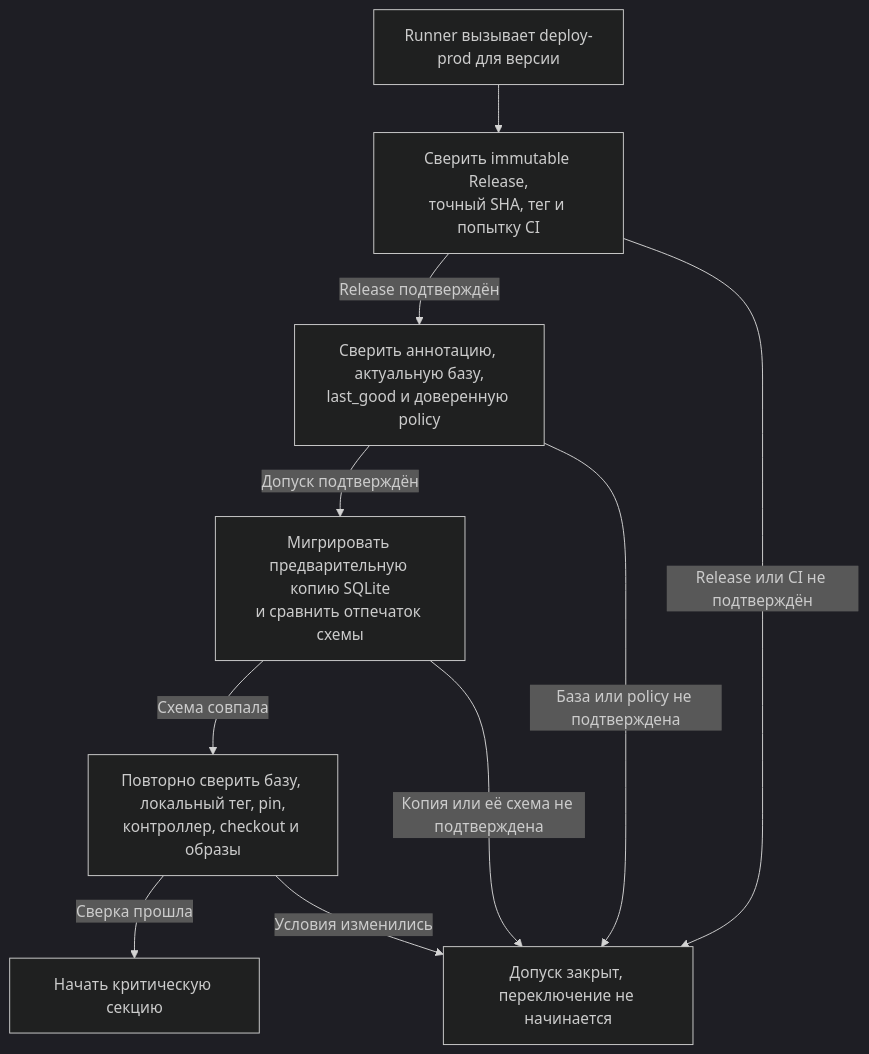
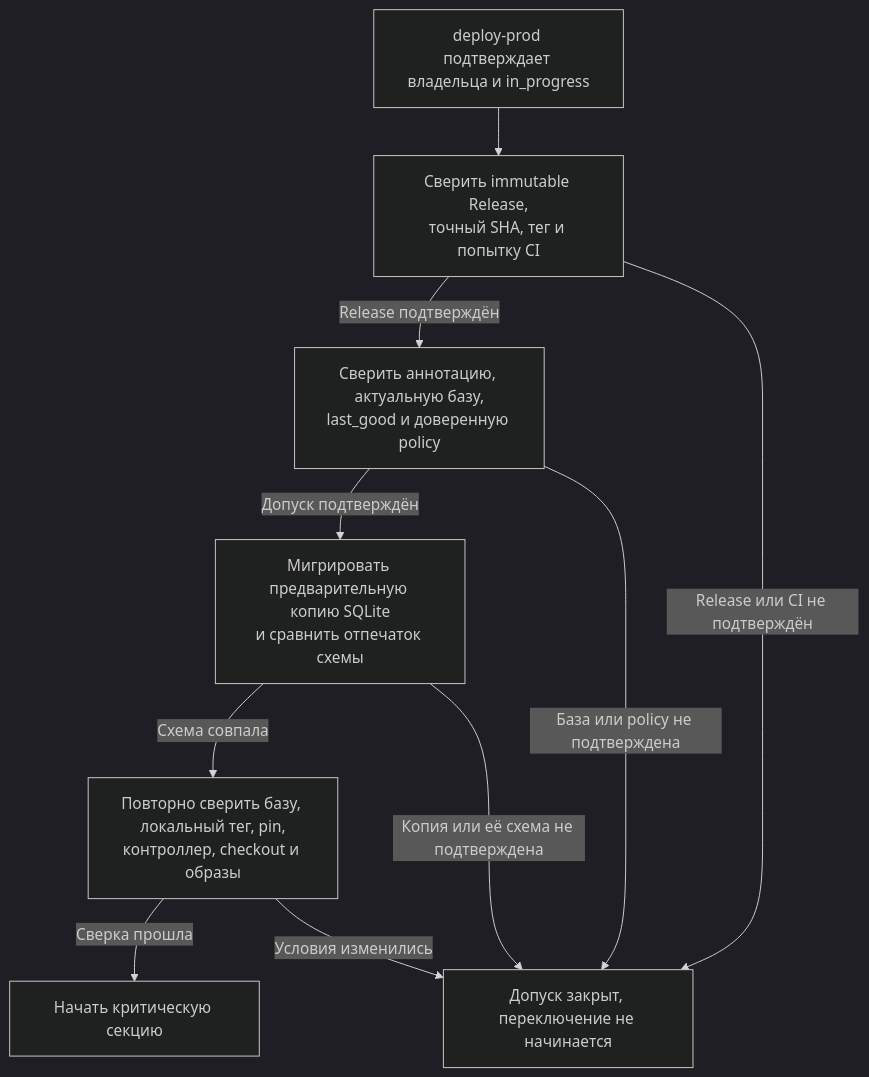
Before and after one commit to karateka-git/compadre-assistant: the second of 3 diagrams in docs/OPERATIONS.md, drawn with Mermaid (dark theme). The commit also changed other lines of this file and 4 other files, not shown here.

````diff
--- a/docs/OPERATIONS.md
+++ b/docs/OPERATIONS.md
@@ -287,12 +298,12 @@
 ```mermaid
 flowchart TD
-    START["Runner вызывает deploy-prod для версии"] --> RELEASE["Сверить immutable Release,<br/>точный SHA, тег и попытку CI"]
+    START["deploy-prod подтверждает владельца и in_progress"] --> RELEASE["Сверить immutable Release,<br/>точный SHA, тег и попытку CI"]
     RELEASE -->|Release подтверждён| BASE["Сверить аннотацию, актуальную базу,<br/>last_good и доверенную policy"]
     BASE -->|Допуск подтверждён| COPY["Мигрировать предварительную копию SQLite<br/>и сравнить отпечаток схемы"]
     COPY -->|Схема совпала| RECHECK["Повторно сверить базу, локальный тег, pin,<br/>контроллер, checkout и образы"]
     RECHECK -->|Сверка прошла| READY["Начать критическую секцию"]
     RELEASE -->|Release или CI не подтверждён| BLOCKED["Допуск закрыт, переключение не начинается"]
     BASE -->|База или policy не подтверждена| BLOCKED
     COPY -->|Копия или её схема не подтверждена| BLOCKED
     RECHECK -->|Условия изменились| BLOCKED
 ```
````
